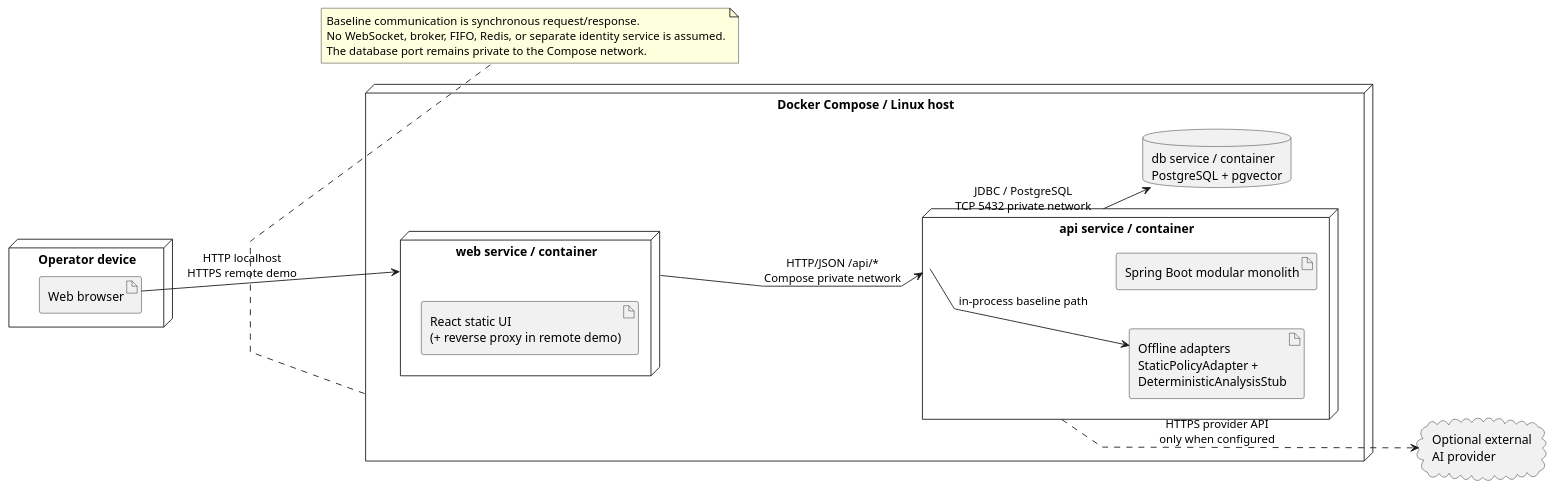
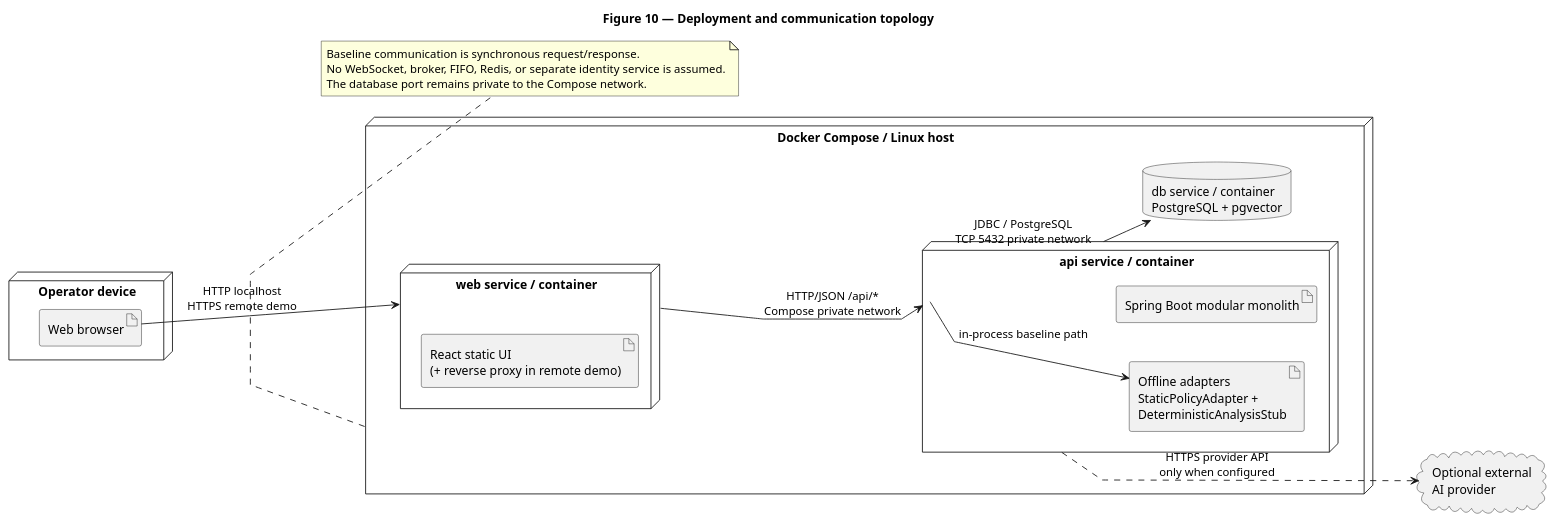
The diagram in docs/assignment/SDD/diagrams/deployment-topology.puml (jdoe-dev-159753/specgraph-reference-app), drawn with PlantUML before and after one commit.

Commit message:
docs: title deployment topology figure

```diff
--- a/docs/assignment/SDD/diagrams/deployment-topology.puml
+++ b/docs/assignment/SDD/diagrams/deployment-topology.puml
@@ -1,42 +1,43 @@
 @startuml
+title Figure 10 — Deployment and communication topology
 left to right direction
 skinparam linetype polyline
 skinparam nodesep 45
 skinparam ranksep 55
 
 node "Operator device" as Device {
   artifact "Web browser" as Browser
 }
 
 node "Docker Compose / Linux host" as Host {
   node "web service / container" as Web {
     artifact "React static UI\n(+ reverse proxy in remote demo)" as React
   }
 
   node "api service / container" as Api {
     artifact "Spring Boot modular monolith" as Spring
     artifact "Offline adapters\nStaticPolicyAdapter +\nDeterministicAnalysisStub" as Offline
   }
 
   database "db service / container\nPostgreSQL + pgvector" as DB
 }
 
 cloud "Optional external\nAI provider" as Provider
 
 Browser --> Web : HTTP localhost\nHTTPS remote demo
 Web --> Api : HTTP/JSON /api/*\nCompose private network
 Api --> DB : JDBC / PostgreSQL\nTCP 5432 private network
 Api ..> Provider : HTTPS provider API\nonly when configured
 Api --> Offline : in-process baseline path
 
 Browser -[hidden]-> React
 Web -[hidden]-> Api
 Api -[hidden]-> DB
 DB -[hidden]-> Provider
 
 note bottom of Host
   Baseline communication is synchronous request/response.
   No WebSocket, broker, FIFO, Redis, or separate identity service is assumed.
   The database port remains private to the Compose network.
 end note
 @enduml
```
